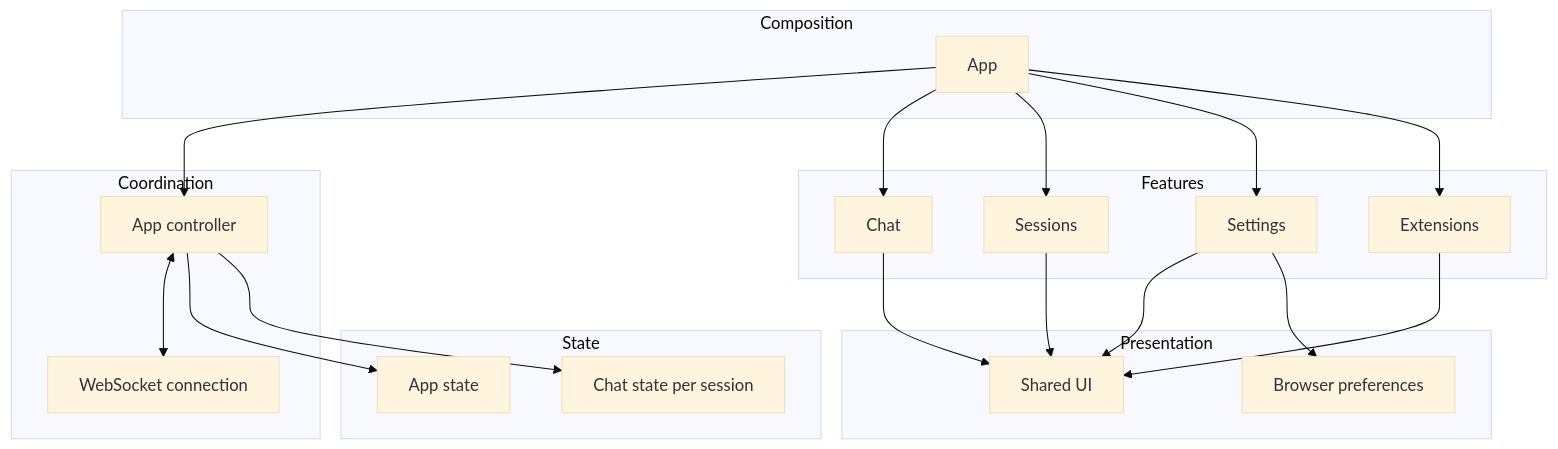
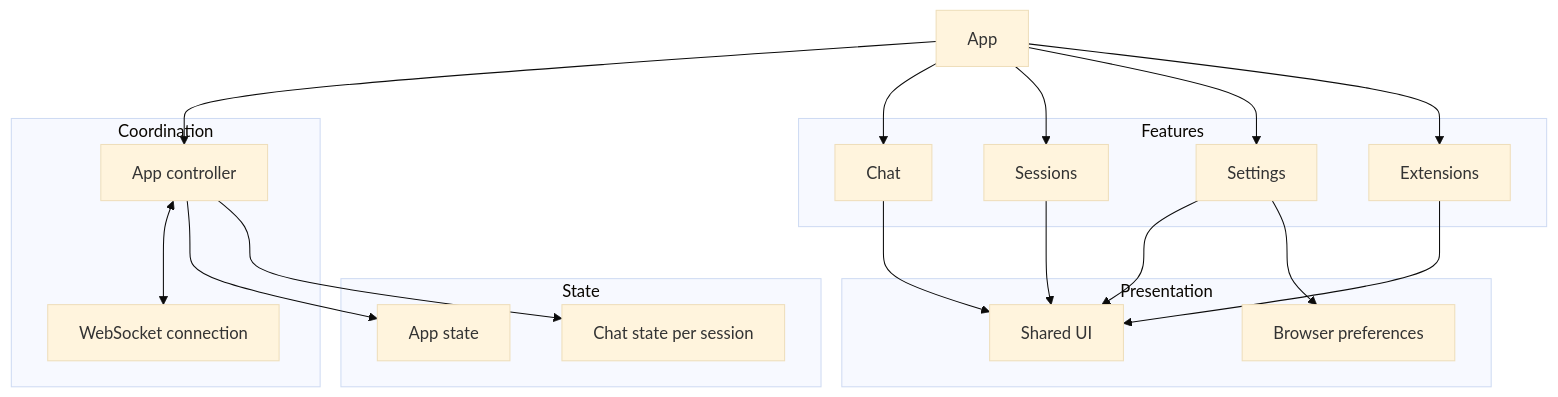
Before and after one commit to ManuelSelch/pi-chat: the second of 3 diagrams in docs/architecture.md, drawn with Mermaid (base theme). The commit also changed other lines of this file, not shown here.

Commit message:
docs: simplify architecture overview

````diff
--- a/docs/architecture.md
+++ b/docs/architecture.md
@@ -14,44 +14,42 @@
 ```mermaid
 flowchart TD
-    subgraph Composition
-        App[App]
-    end
+    App[App]
 
     subgraph Coordination
         Controller[App controller]
         Connection[WebSocket connection]
     end
 
     subgraph State
         AppState[App state]
         ChatState[Chat state per session]
     end
 
     subgraph Features
         Chat[Chat]
         Sessions[Sessions]
         Settings[Settings]
         Extensions[Extensions]
     end
 
     subgraph Presentation
         UI[Shared UI]
         Preferences[Browser preferences]
     end
 
     App --> Controller
     Controller <--> Connection
     Controller --> AppState
     Controller --> ChatState
 
     App --> Chat
     App --> Sessions
     App --> Settings
     App --> Extensions
 
     Chat --> UI
     Sessions --> UI
     Settings --> UI
     Extensions --> UI
     Settings --> Preferences
 ```
````
